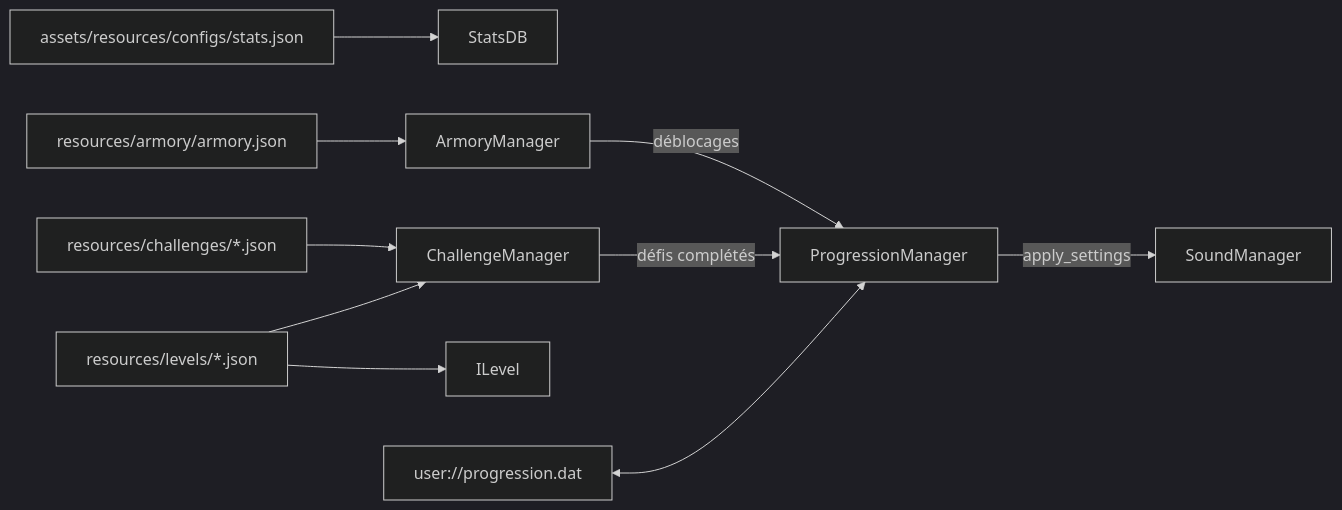
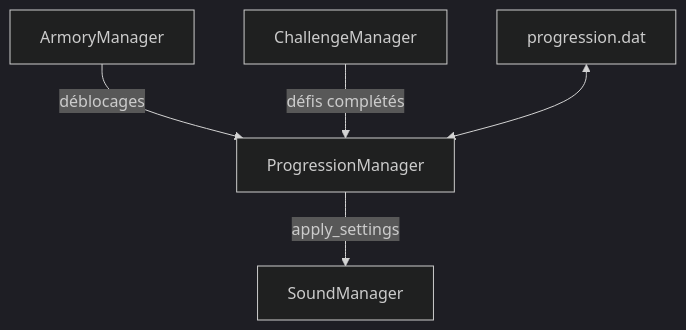
Before and after one commit to Cat-aclsym/documentation: the diagram in src/content/docs/development/guides/architecture.md, drawn with Mermaid (dark theme). The commit also changed other lines of this file and 51 other files, not shown here.

Commit message:
docs: Add game sprites, Starlight components and simpler diagrams, with green links and an indented sidebar.

````diff
--- a/src/content/docs/development/guides/architecture.md
+++ b/src/content/docs/development/guides/architecture.md
@@ -31,12 +33,7 @@
 ```mermaid
-flowchart LR
-	S["assets/resources/configs/stats.json"] --> StatsDB
-	A["resources/armory/armory.json"] --> ArmoryManager
-	CJ["resources/challenges/*.json"] --> ChallengeManager
-	LJ["resources/levels/*.json"] --> ChallengeManager
-	LJ --> ILevel
-	F["user://progression.dat"] <--> ProgressionManager
+flowchart TB
 	ArmoryManager -->|déblocages| ProgressionManager
 	ChallengeManager -->|défis complétés| ProgressionManager
+	F[progression.dat] <--> ProgressionManager
 	ProgressionManager -->|apply_settings| SoundManager
 ```
````
